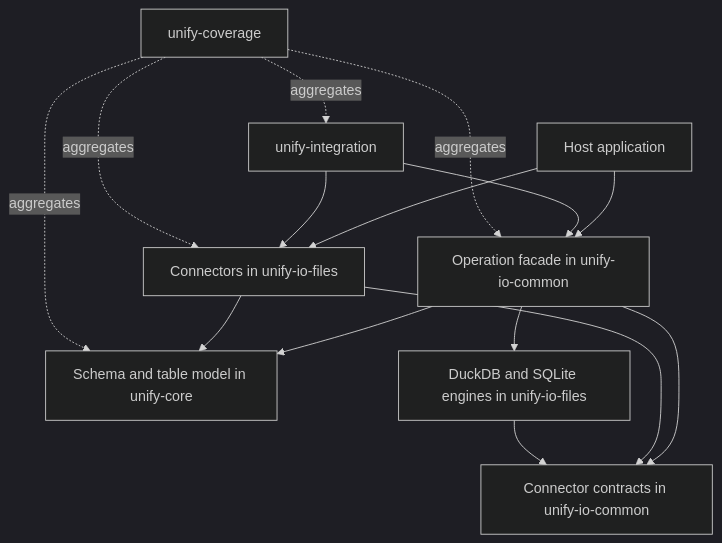
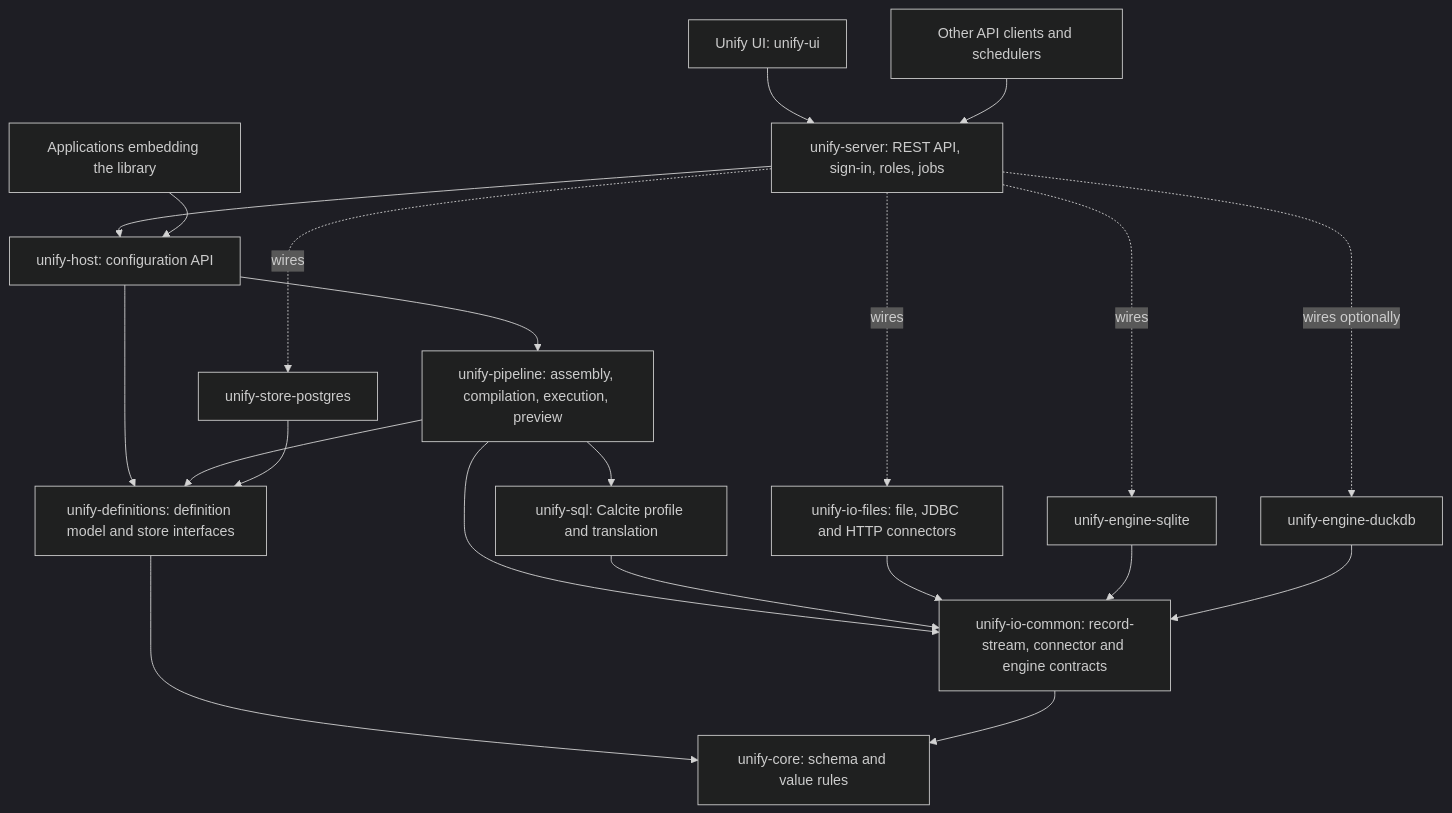
The first of 2 diagrams in docs/TECHNICAL_DESIGN.md (mraysmit/unify), drawn with Mermaid (dark theme) before and after one commit. The commit also changed other lines of this file and 12 other files, not shown here.

First line of the commit message:
Add comprehensive tests for engine selection, job execution, connection validation, and role-based access control

````diff
--- a/docs/TECHNICAL_DESIGN.md
+++ b/docs/TECHNICAL_DESIGN.md
@@ -113,17 +172,23 @@
 ```mermaid
 flowchart TD
-    Host[Host application] --> Facade[Operation facade in unify-io-common]
-    Facade --> Core[Schema and table model in unify-core]
-    Facade --> SPI[Connector contracts in unify-io-common]
-    Implementations[Connectors in unify-io-files] --> SPI
-    Implementations --> Core
-    Engines[DuckDB and SQLite engines in unify-io-files] --> SPI
-    Facade --> Engines
-    Host --> Implementations
-    Integration[unify-integration] --> Facade
-    Integration --> Implementations
-    Coverage[unify-coverage] -. aggregates .-> Core
-    Coverage -. aggregates .-> Facade
-    Coverage -. aggregates .-> Implementations
-    Coverage -. aggregates .-> Integration
+    Browser[Unify UI: unify-ui] --> Server[unify-server: REST API, sign-in, roles, jobs]
+    Clients[Other API clients and schedulers] --> Server
+    Server --> HostApi[unify-host: configuration API]
+    Host[Applications embedding the library] --> HostApi
+    HostApi --> Pipeline[unify-pipeline: assembly, compilation, execution, preview]
+    HostApi --> Definitions[unify-definitions: definition model and store interfaces]
+    Pipeline --> Definitions
+    Pipeline --> Sql[unify-sql: Calcite profile and translation]
+    Pipeline --> Contracts[unify-io-common: record-stream, connector and engine contracts]
+    Sql --> Contracts
+    Definitions --> Core[unify-core: schema and value rules]
+    Contracts --> Core
+    Store[unify-store-postgres] --> Definitions
+    Connectors[unify-io-files: file, JDBC and HTTP connectors] --> Contracts
+    SqliteEngine[unify-engine-sqlite] --> Contracts
+    DuckDbEngine[unify-engine-duckdb] --> Contracts
+    Server -. wires .-> Store
+    Server -. wires .-> Connectors
+    Server -. wires .-> SqliteEngine
+    Server -. wires optionally .-> DuckDbEngine
 ```
````
